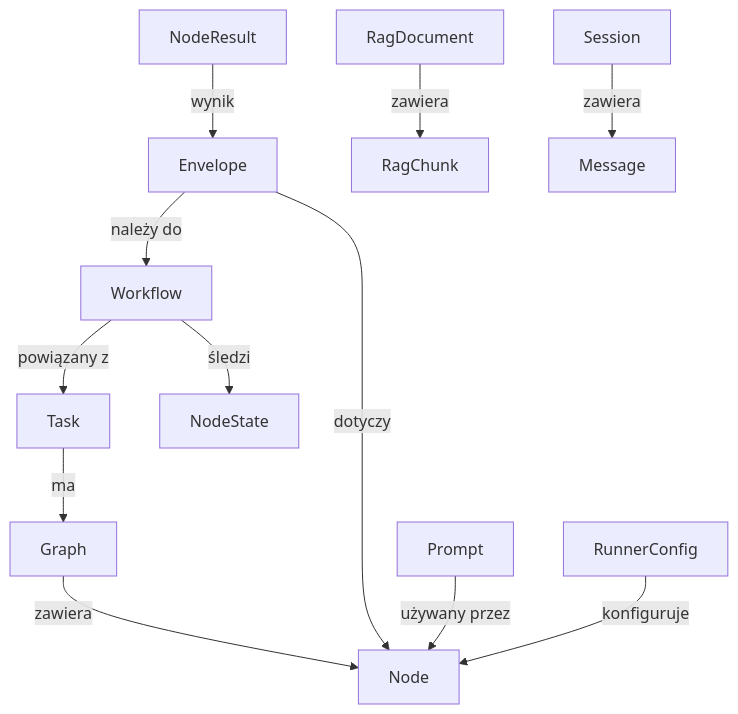
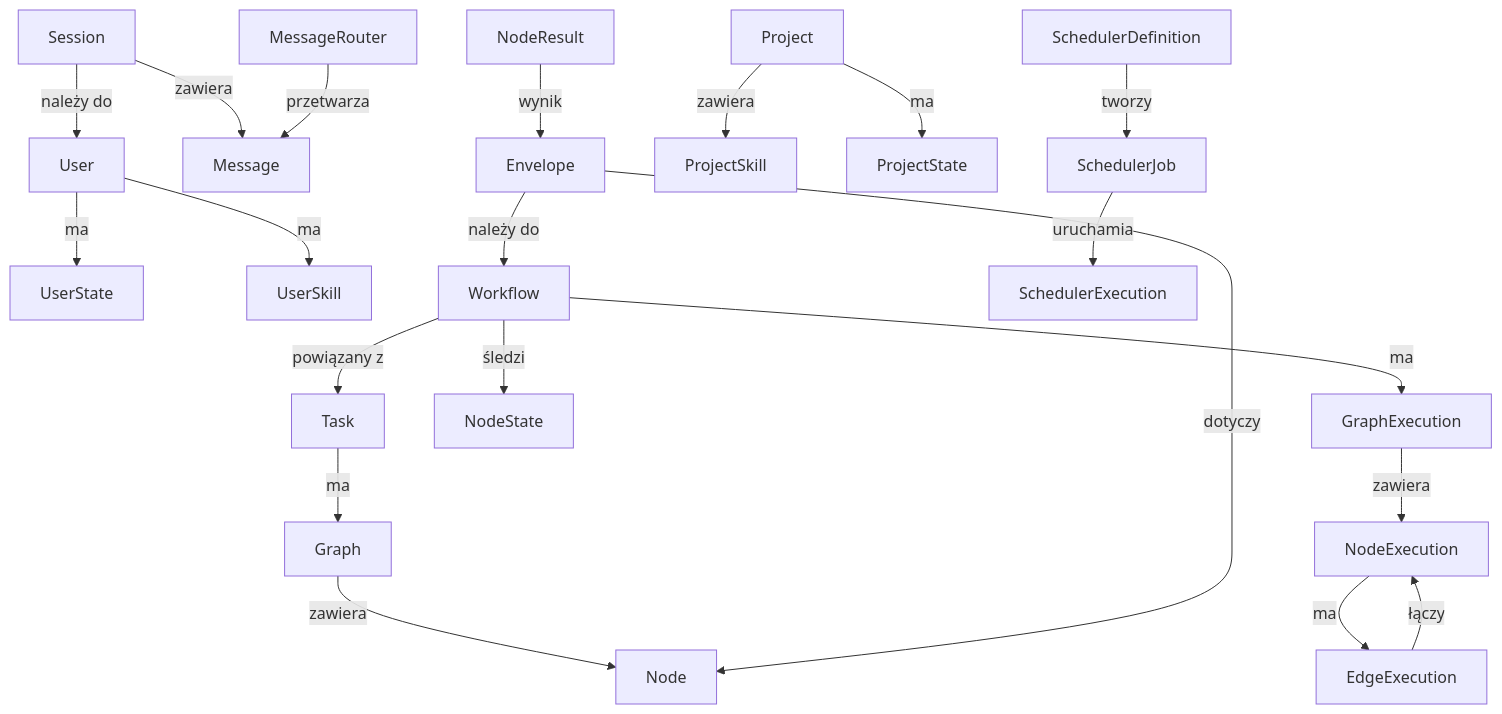
Before and after one commit to WiejskiLopez/SHELL: the diagram in shell/README.md, drawn with Mermaid. The commit also changed other lines of this file and 91 other files, not shown here.

````diff
--- a/shell/README.md
+++ b/shell/README.md
@@ -527,14 +427,23 @@
 ```mermaid
 graph TD
+    User -->|ma| UserState
+    User -->|ma| UserSkill
+    Session -->|należy do| User
+    Session -->|zawiera| Message
     Task -->|ma| Graph
     Graph -->|zawiera| Node
     Workflow -->|śledzi| NodeState
     Workflow -->|powiązany z| Task
+    Workflow -->|ma| GraphExecution
+    GraphExecution -->|zawiera| NodeExecution
+    NodeExecution -->|ma| EdgeExecution
+    EdgeExecution -->|łączy| NodeExecution
     Envelope -->|należy do| Workflow
     Envelope -->|dotyczy| Node
     NodeResult -->|wynik| Envelope
-    Prompt -->|używany przez| Node
-    RunnerConfig -->|konfiguruje| Node
-    RagDocument -->|zawiera| RagChunk
-    Session -->|zawiera| Message
+    Project -->|zawiera| ProjectSkill
+    Project -->|ma| ProjectState
+    SchedulerDefinition -->|tworzy| SchedulerJob
+    SchedulerJob -->|uruchamia| SchedulerExecution
+    MessageRouter -->|przetwarza| Message
 ```
````
